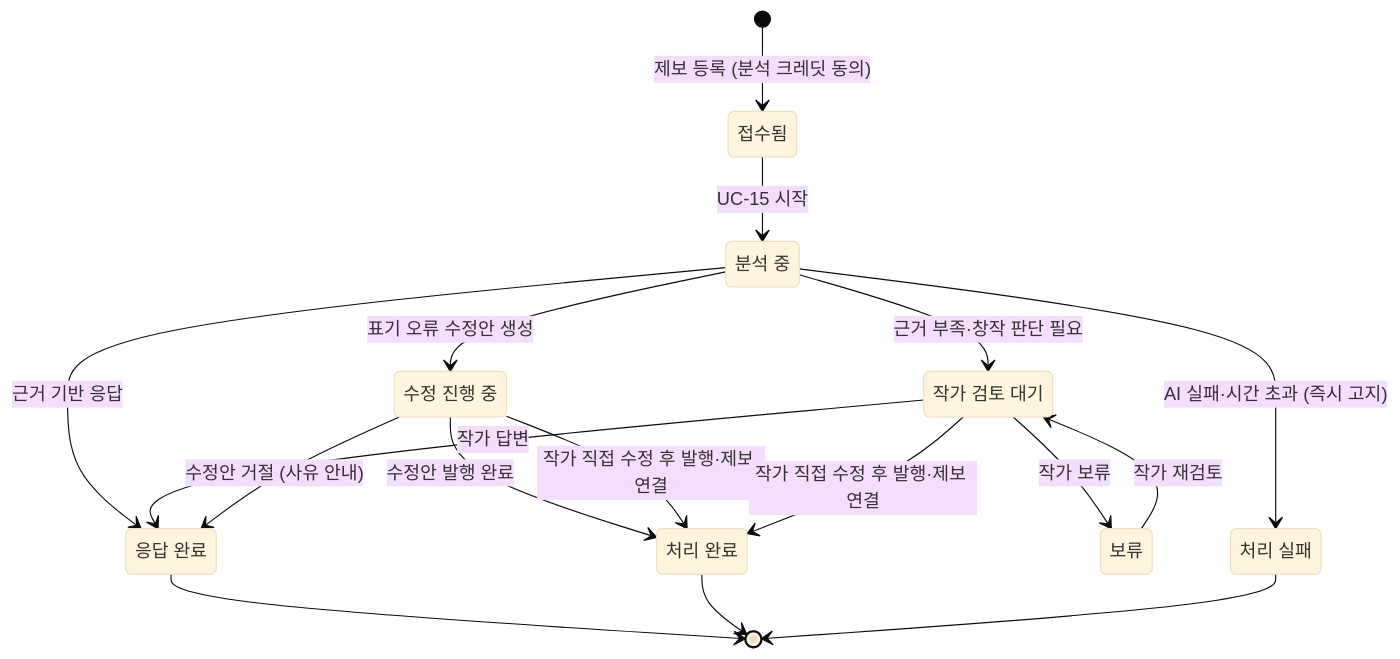
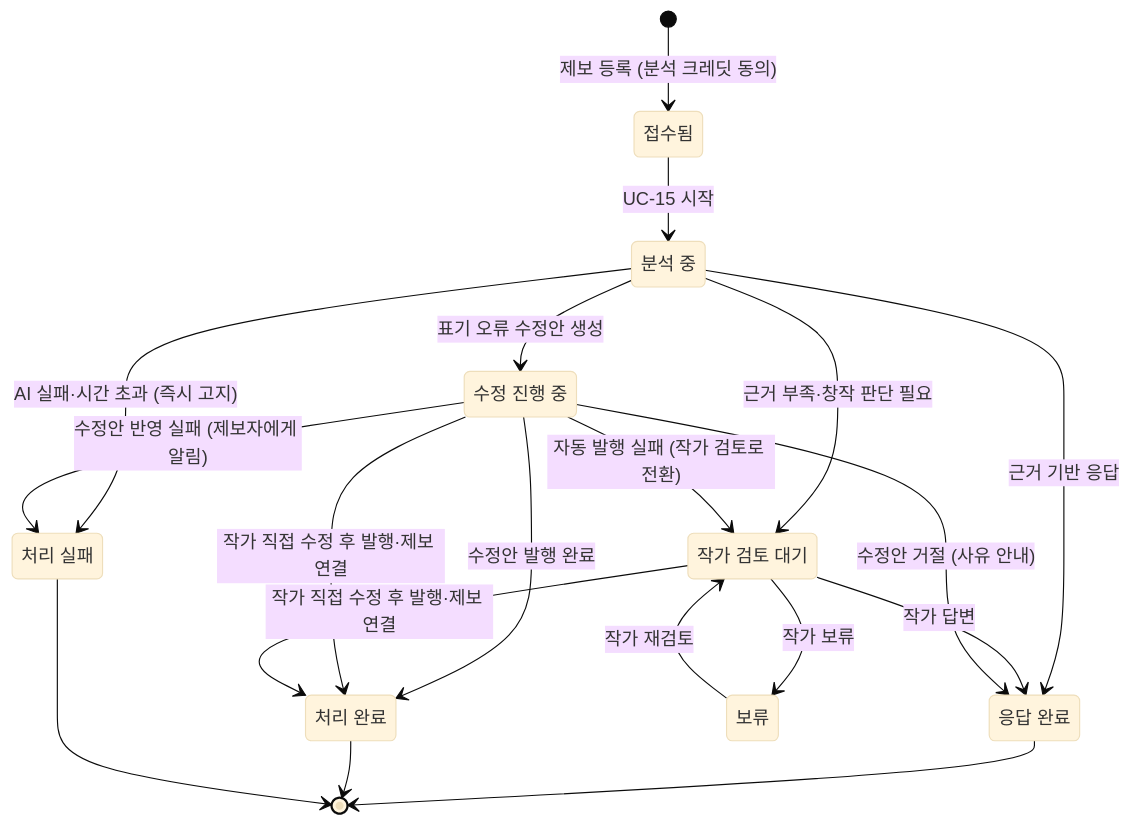
Before and after one commit to SKNETWORKS-FAMILY-AICAMP/SKN34-FINAL-4TEAM: the first of 5 diagrams in docs/diagrams/state.md, drawn with Mermaid (base theme). The commit also changed other lines of this file and 25 other files, not shown here.

````diff
--- a/docs/diagrams/state.md
+++ b/docs/diagrams/state.md
@@ -6,27 +6,29 @@
 ```mermaid
 stateDiagram-v2
   state "접수됨" as RECEIVED
   state "분석 중" as ANALYZING
   state "응답 완료" as ANSWERED
   state "작가 검토 대기" as AUTHOR_REVIEW
   state "수정 진행 중" as FIXING
   state "처리 완료" as DONE
   state "보류" as HOLD
   state "처리 실패" as FAILED
   [*] --> RECEIVED: 제보 등록 (분석 크레딧 동의)
   RECEIVED --> ANALYZING: UC-15 시작
   ANALYZING --> ANSWERED: 근거 기반 응답
   ANALYZING --> AUTHOR_REVIEW: 근거 부족·창작 판단 필요
   ANALYZING --> FIXING: 표기 오류 수정안 생성
   ANALYZING --> FAILED: AI 실패·시간 초과 (즉시 고지)
   AUTHOR_REVIEW --> ANSWERED: 작가 답변
   AUTHOR_REVIEW --> HOLD: 작가 보류
   HOLD --> AUTHOR_REVIEW: 작가 재검토
   FIXING --> DONE: 수정안 발행 완료
   FIXING --> DONE: 작가 직접 수정 후 발행·제보 연결
   AUTHOR_REVIEW --> DONE: 작가 직접 수정 후 발행·제보 연결
   FIXING --> ANSWERED: 수정안 거절 (사유 안내)
+  FIXING --> FAILED: 수정안 반영 실패 (제보자에게 알림)
+  FIXING --> AUTHOR_REVIEW: 자동 발행 실패 (작가 검토로 전환)
   ANSWERED --> [*]
   DONE --> [*]
   FAILED --> [*]
 ```
````
